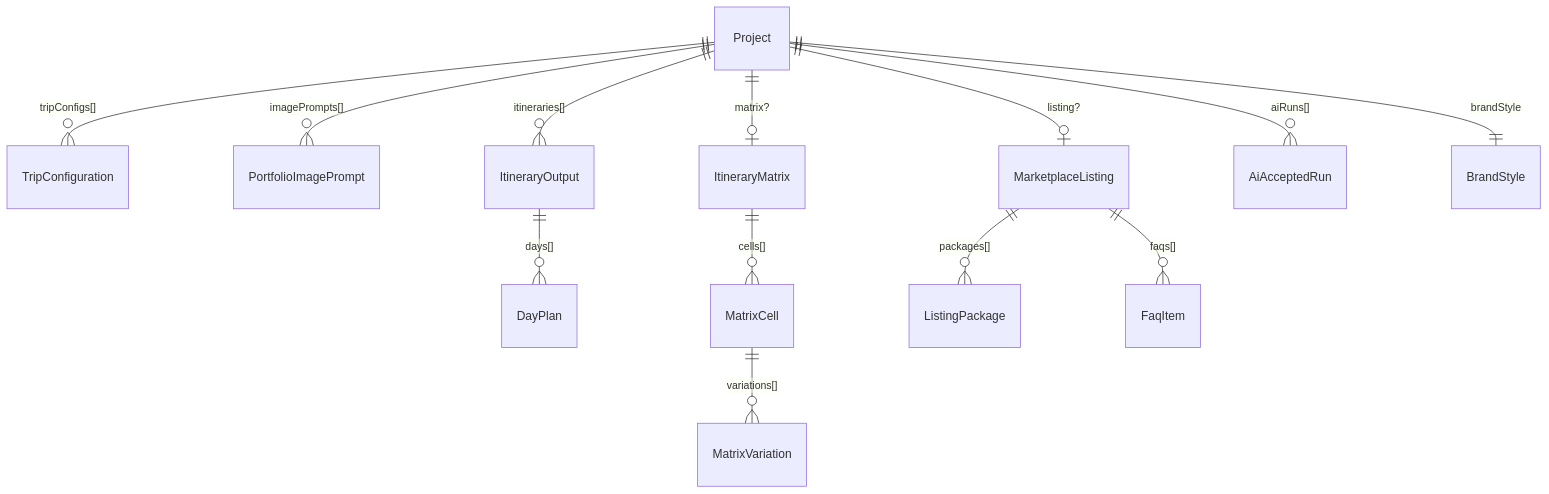
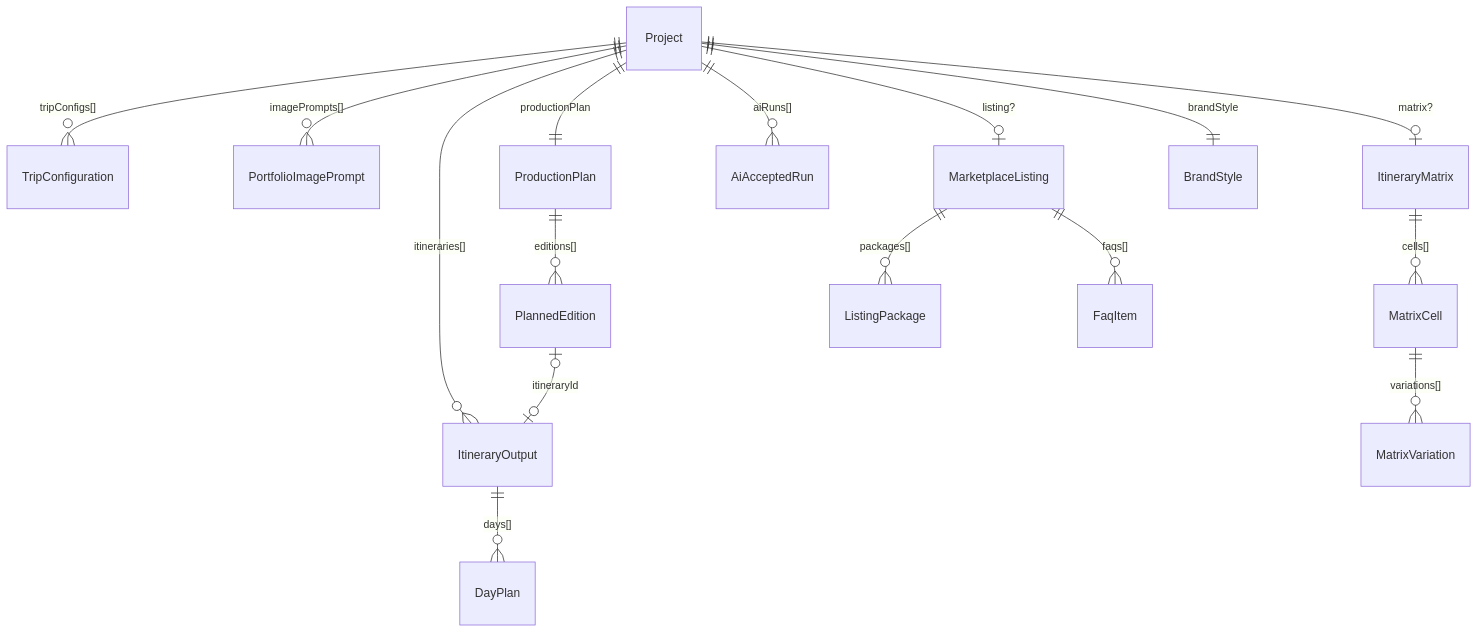
The diagram in docs/architecture/data-model.md (Saransh-Sharma/RouteCrafter), drawn with Mermaid before and after one commit. The commit also changed other lines of this file and 4 other files, not shown here.

Commit message:
Update architecture and product documentation

````diff
--- a/docs/architecture/data-model.md
+++ b/docs/architecture/data-model.md
@@ -27,15 +28,18 @@
 ```mermaid
 erDiagram
   Project ||--o{ TripConfiguration : "tripConfigs[]"
   Project ||--o{ PortfolioImagePrompt : "imagePrompts[]"
   Project ||--o| ItineraryMatrix : "matrix?"
   Project ||--o{ ItineraryOutput : "itineraries[]"
   Project ||--o| MarketplaceListing : "listing?"
   Project ||--o{ AiAcceptedRun : "aiRuns[]"
+  Project ||--|| ProductionPlan : "productionPlan"
+  ProductionPlan ||--o{ PlannedEdition : "editions[]"
+  PlannedEdition o|--o| ItineraryOutput : "itineraryId"
   Project ||--|| BrandStyle : "brandStyle"
   ItineraryOutput ||--o{ DayPlan : "days[]"
   ItineraryMatrix ||--o{ MatrixCell : "cells[]"
   MatrixCell ||--o{ MatrixVariation : "variations[]"
   MarketplaceListing ||--o{ ListingPackage : "packages[]"
   MarketplaceListing ||--o{ FaqItem : "faqs[]"
 ```
````
